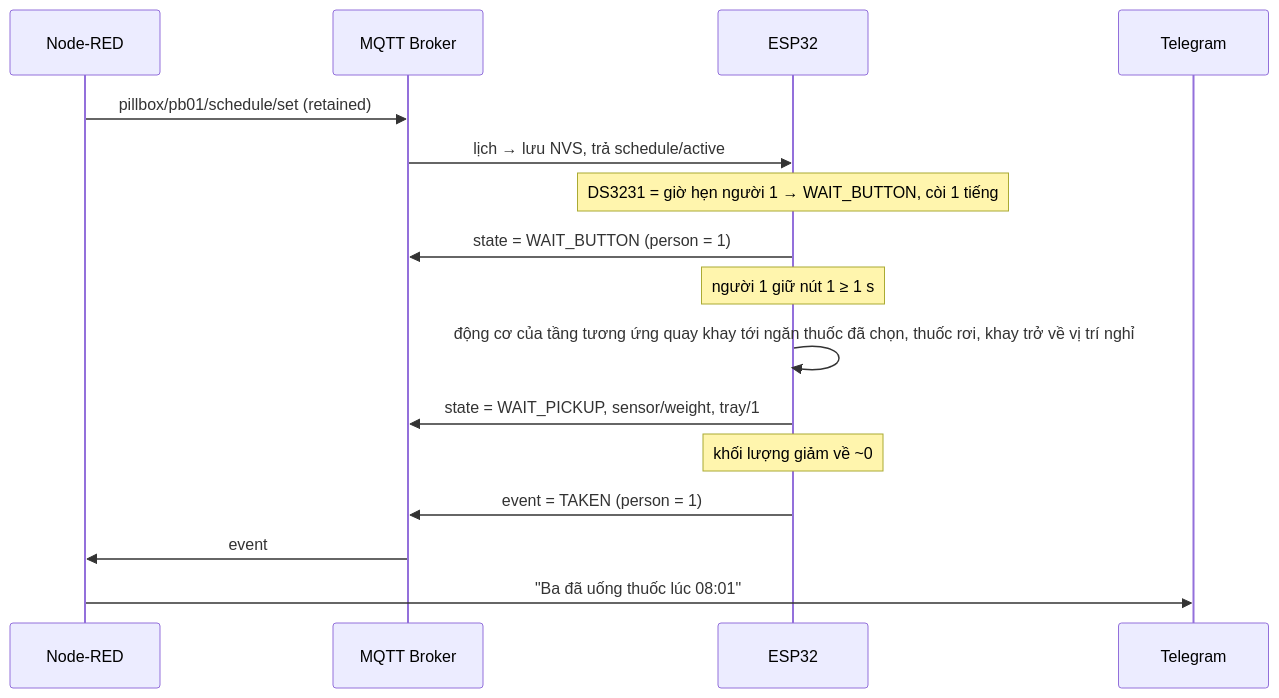
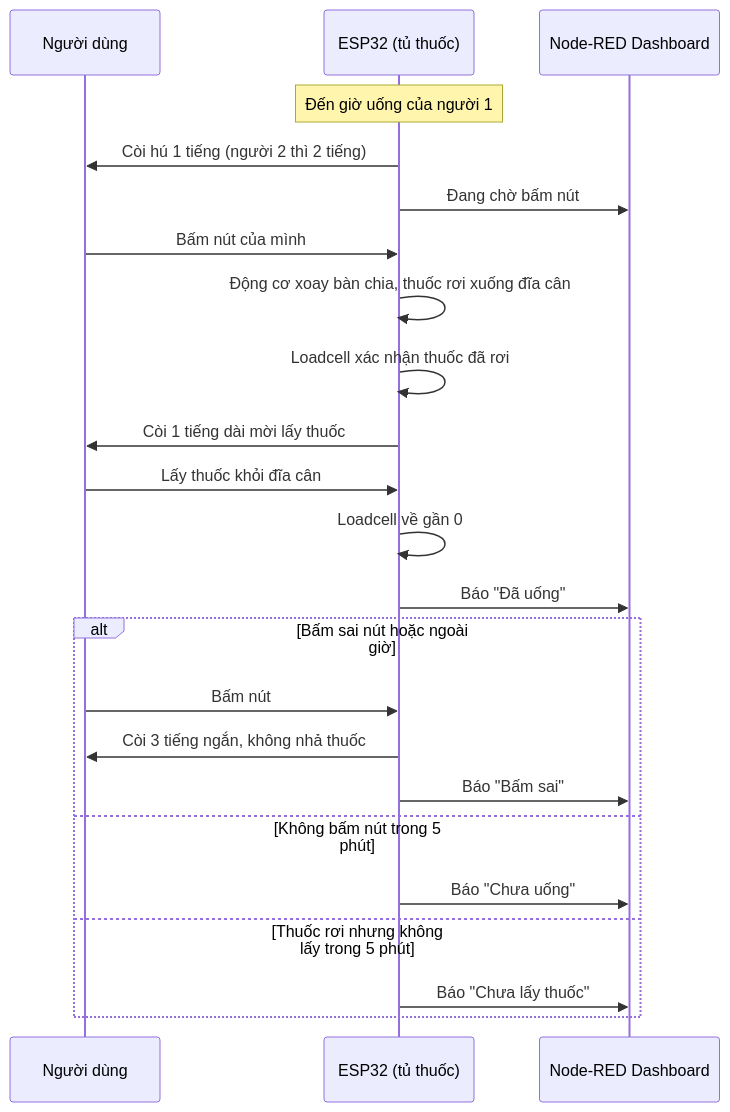
Before and after one commit to 23001579-cpu/iot_dev_app12: the third of 4 diagrams in README.md, drawn with Mermaid. The commit also changed other lines of this file, not shown here.

````diff
--- a/README.md
+++ b/README.md
@@ -227,19 +248,27 @@
 ```mermaid
 sequenceDiagram
-    participant ND as Node-RED
-    participant BR as MQTT Broker
-    participant M as ESP32
-    participant TG as Telegram
-
-    ND->>BR: pillbox/pb01/schedule/set (retained)
-    BR->>M: lịch → lưu NVS, trả schedule/active
-    Note over M: DS3231 = giờ hẹn người 1 → WAIT_BUTTON, còi 1 tiếng
-    M->>BR: state = WAIT_BUTTON (person = 1)
-    Note over M: người 1 giữ nút 1 ≥ 1 s
-    M->>M: động cơ của tầng tương ứng quay khay tới ngăn thuốc đã chọn, thuốc rơi, khay trở về vị trí nghỉ
-    M->>BR: state = WAIT_PICKUP, sensor/weight, tray/1
-    Note over M: khối lượng giảm về ~0
-    M->>BR: event = TAKEN (person = 1)
-    BR->>ND: event
-    ND->>TG: "Ba đã uống thuốc lúc 08:01"
+    participant N as Người dùng
+    participant M as ESP32 (tủ thuốc)
+    participant D as Node-RED Dashboard
+ 
+    Note over M: Đến giờ uống của người 1
+    M->>N: Còi hú 1 tiếng (người 2 thì 2 tiếng)
+    M->>D: Đang chờ bấm nút
+    N->>M: Bấm nút của mình
+    M->>M: Động cơ xoay bàn chia, thuốc rơi xuống đĩa cân
+    M->>M: Loadcell xác nhận thuốc đã rơi
+    M->>N: Còi 1 tiếng dài mời lấy thuốc
+    N->>M: Lấy thuốc khỏi đĩa cân
+    M->>M: Loadcell về gần 0
+    M->>D: Báo "Đã uống"
+ 
+    alt Bấm sai nút hoặc ngoài giờ
+        N->>M: Bấm nút
+        M->>N: Còi 3 tiếng ngắn, không nhả thuốc
+        M->>D: Báo "Bấm sai"
+    else Không bấm nút trong 5 phút
+        M->>D: Báo "Chưa uống"
+    else Thuốc rơi nhưng không lấy trong 5 phút
+        M->>D: Báo "Chưa lấy thuốc"
+    end
 ```
````
